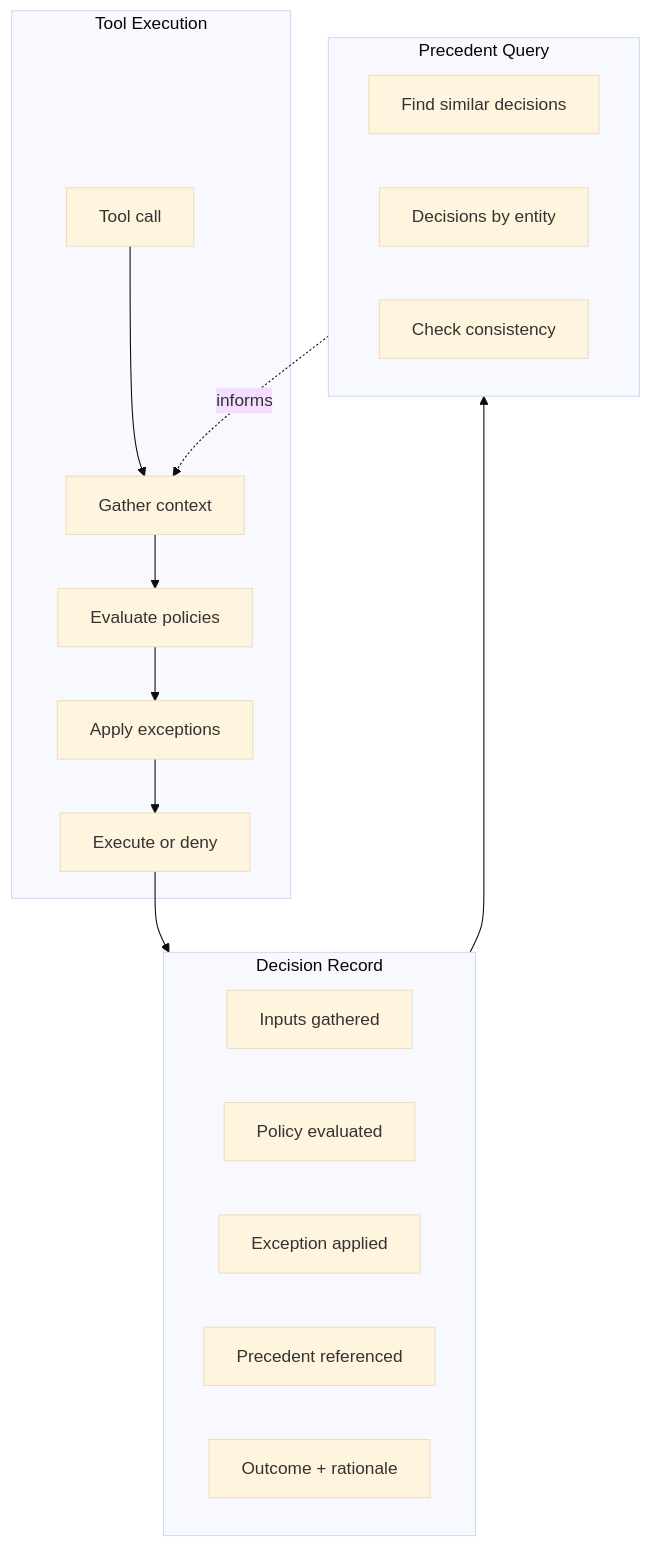
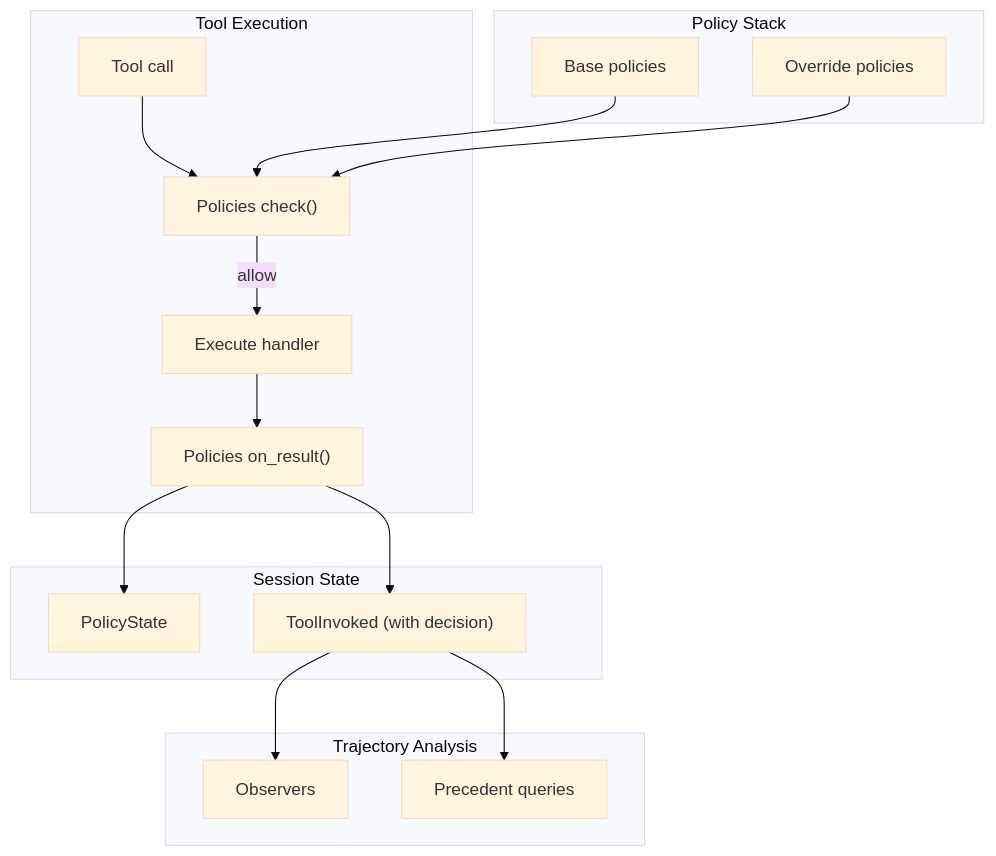
The diagram in specs/DECISION_LINEAGE.md (weakincentives/weakincentives), drawn with Mermaid (base theme) before and after one commit. The commit also changed other lines of this file, not shown here.

First line of the commit message:
Simplify Decision Lineage to extend existing policy framework

````diff
--- a/specs/DECISION_LINEAGE.md
+++ b/specs/DECISION_LINEAGE.md
@@ -66,29 +63,34 @@
 ```mermaid
 flowchart TB
-    subgraph Execution["Tool Execution"]
+    subgraph ToolExecution["Tool Execution"]
         Call["Tool call"]
-        Gather["Gather context"]
-        Evaluate["Evaluate policies"]
-        Apply["Apply exceptions"]
-        Execute["Execute or deny"]
+        Check["Policies check()"]
+        Handler["Execute handler"]
+        Record["Policies on_result()"]
     end
 
-    subgraph Record["Decision Record"]
-        Inputs["Inputs gathered"]
-        Policy["Policy evaluated"]
-        Exception["Exception applied"]
-        Precedent["Precedent referenced"]
-        Outcome["Outcome + rationale"]
+    subgraph PolicyStack["Policy Stack"]
+        Base["Base policies"]
+        Override["Override policies"]
     end
 
-    subgraph Query["Precedent Query"]
-        Similar["Find similar decisions"]
-        Entity["Decisions by entity"]
-        Consistency["Check consistency"]
+    subgraph Session["Session State"]
+        PolicyState["PolicyState"]
+        ToolInvoked["ToolInvoked (with decision)"]
     end
 
-    Call --> Gather --> Evaluate --> Apply --> Execute
-    Execute --> Record
-    Record --> Query
-    Query -.->|informs| Gather
+    subgraph Analysis["Trajectory Analysis"]
+        Observers["Observers"]
+        Precedent["Precedent queries"]
+    end
+
+    Call --> Check
+    Base --> Check
+    Override --> Check
+    Check -->|allow| Handler
+    Handler --> Record
+    Record --> PolicyState
+    Record --> ToolInvoked
+    ToolInvoked --> Observers
+    ToolInvoked --> Precedent
 ```
````
